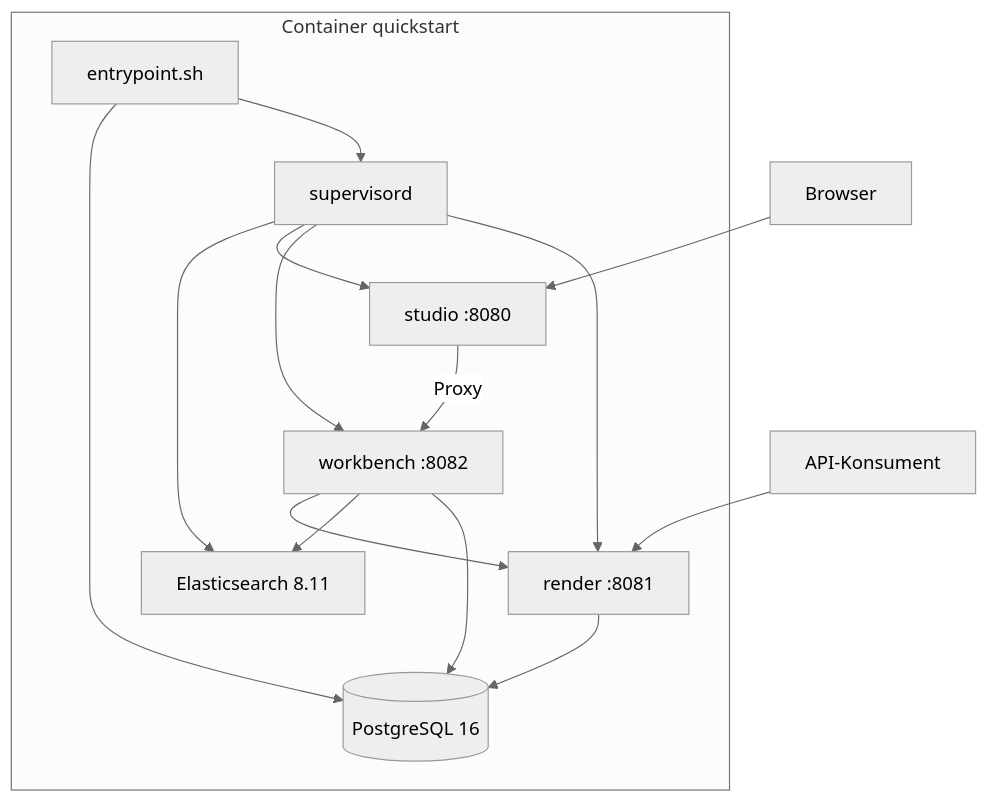
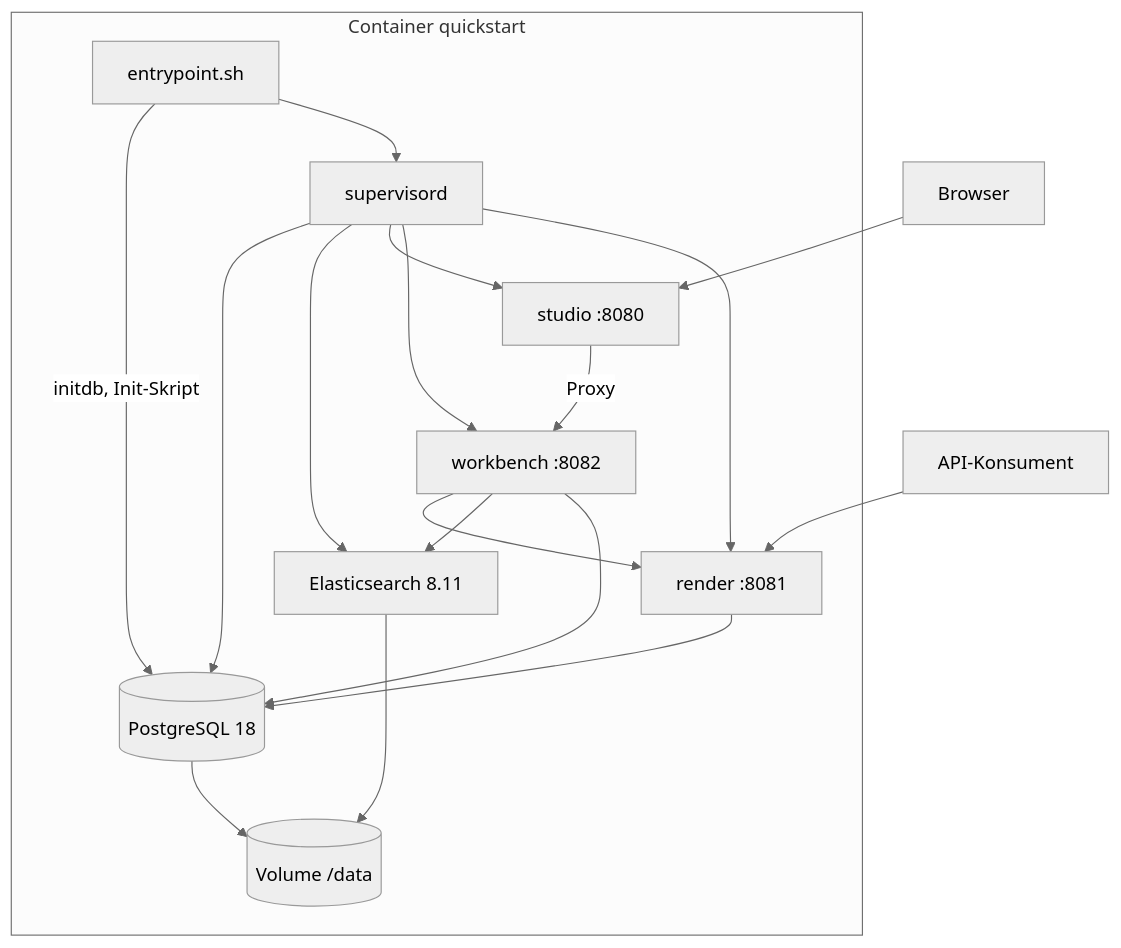
The first of 3 diagrams in docs/07-deployment.md (flaechsig/blocpress), drawn with Mermaid (neutral theme) before and after one commit. The commit also changed other lines of this file and 20 other files, not shown here.

````diff
--- a/docs/07-deployment.md
+++ b/docs/07-deployment.md
@@ -37,29 +40,33 @@
 ```mermaid
 flowchart TD
     Browser["Browser"]
     App["API-Konsument"]
 
     subgraph C["Container quickstart"]
         EP["entrypoint.sh"]
         SUP["supervisord"]
-        PG[("PostgreSQL 16")]
+        PG[("PostgreSQL 18")]
+        VOL[("Volume /data")]
         ES["Elasticsearch 8.11"]
         ST["studio :8080"]
         WB["workbench :8082"]
         RD["render :8081"]
     end
 
     Browser --> ST
     App --> RD
-    EP --> PG
+    EP -->|initdb, Init-Skript| PG
     EP --> SUP
+    SUP --> PG
     SUP --> ES
+    PG --> VOL
+    ES --> VOL
     SUP --> ST
     SUP --> WB
     SUP --> RD
     ST -->|Proxy| WB
     WB --> RD
     WB --> ES
     WB --> PG
     RD --> PG
 ```
````
